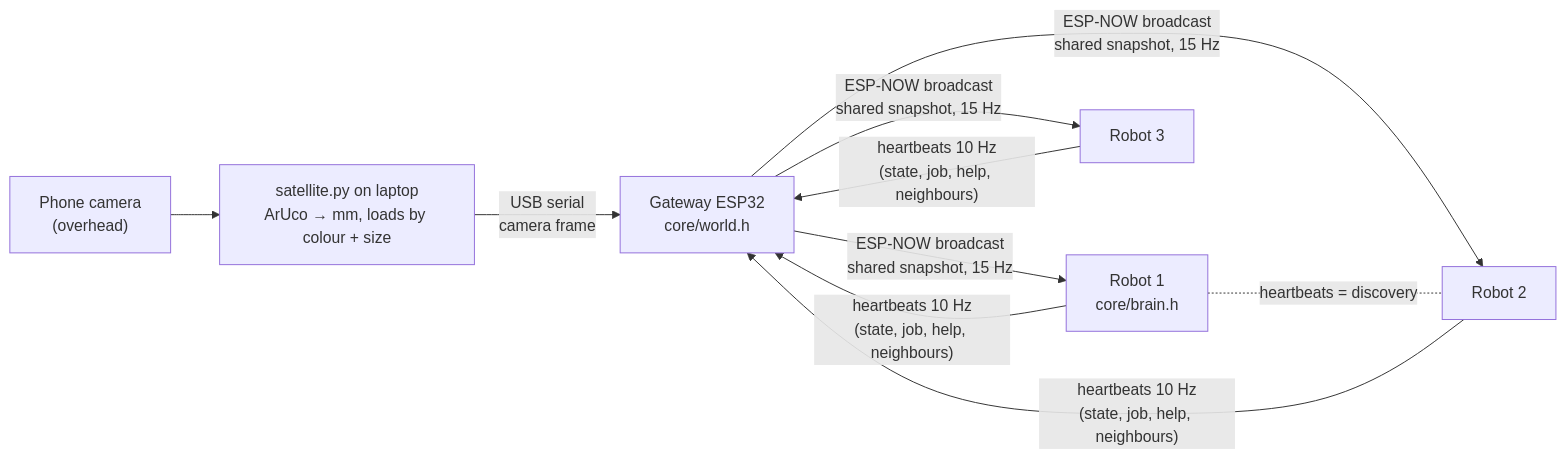
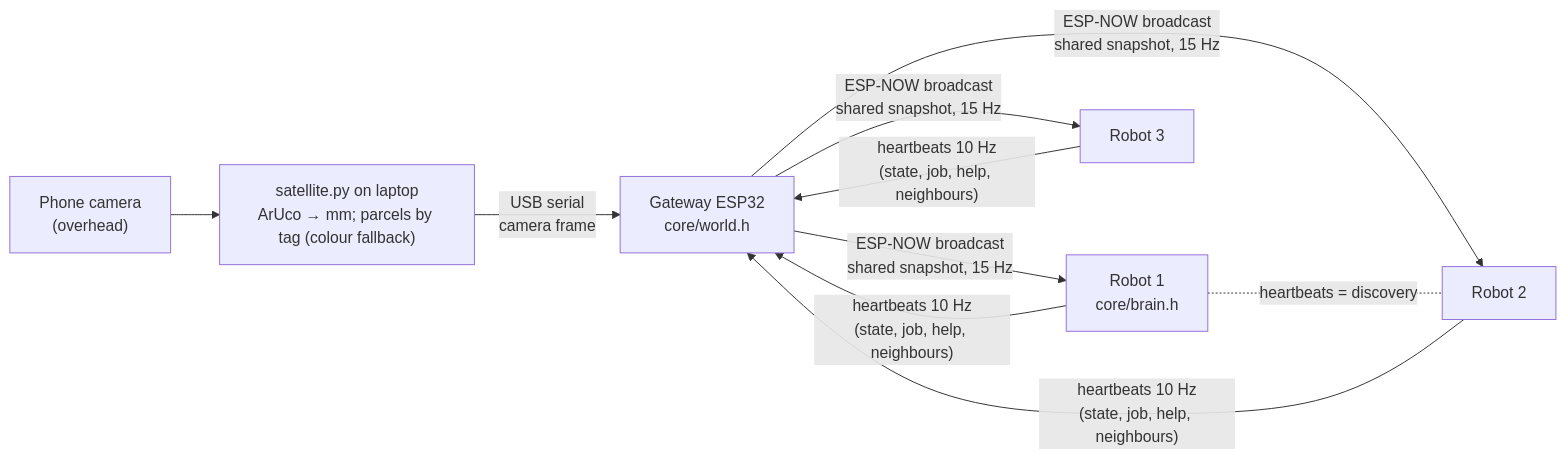
One commit to kavin-jain/swarm-intelligence changed the diagram in README.md. Above: the diagram before and after it, drawn with Mermaid. The commit also changed other lines of this file and 6 other files, not shown here.

````diff
--- a/README.md
+++ b/README.md
@@ -34,8 +39,8 @@
 ```mermaid
 flowchart LR
-    CAM["Phone camera<br/>(overhead)"] --> SAT["satellite.py on laptop<br/>ArUco → mm, loads by colour + size"]
+    CAM["Phone camera<br/>(overhead)"] --> SAT["satellite.py on laptop<br/>ArUco → mm; parcels by tag (colour fallback)"]
     SAT -- "USB serial<br/>camera frame" --> GW["Gateway ESP32<br/>core/world.h"]
     GW -- "ESP-NOW broadcast<br/>shared snapshot, 15 Hz" --> R1["Robot 1<br/>core/brain.h"] & R2["Robot 2"] & R3["Robot 3"]
     R1 & R2 & R3 -- "heartbeats 10 Hz<br/>(state, job, help, neighbours)" --> GW
     R1 -. "heartbeats = discovery" .- R2
 ```
````
